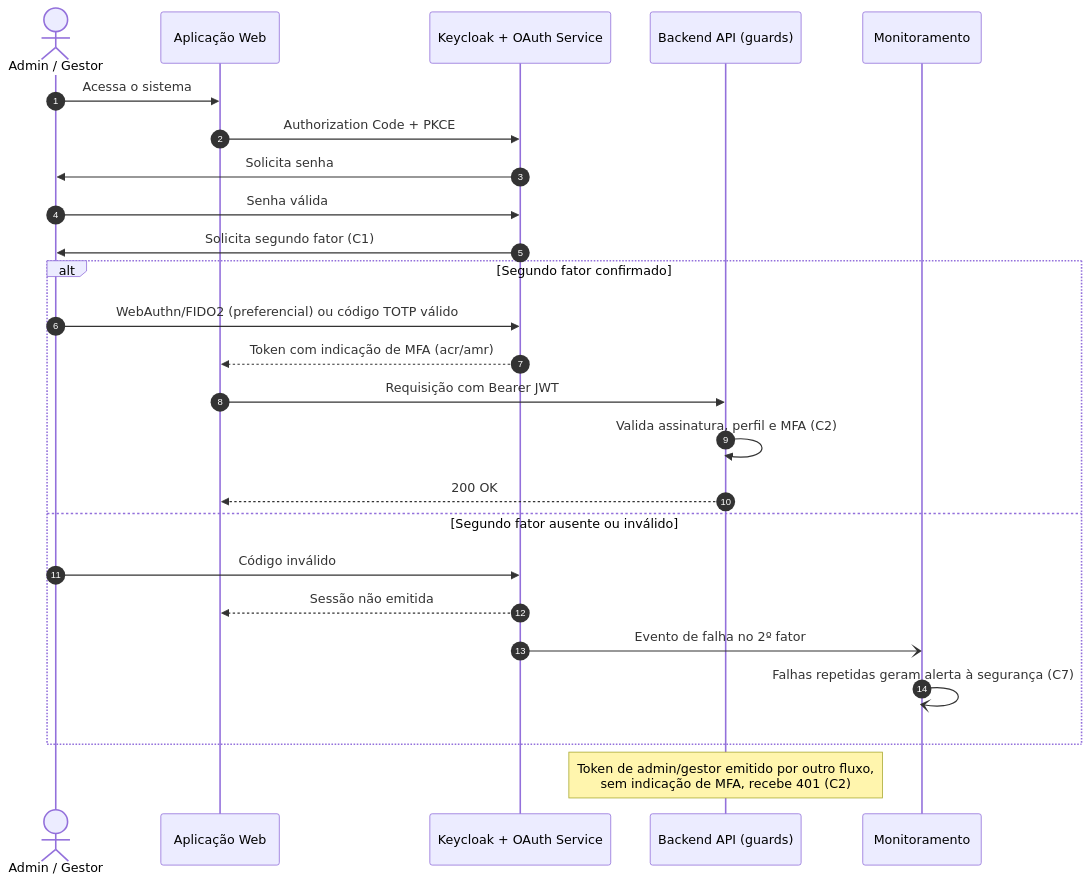
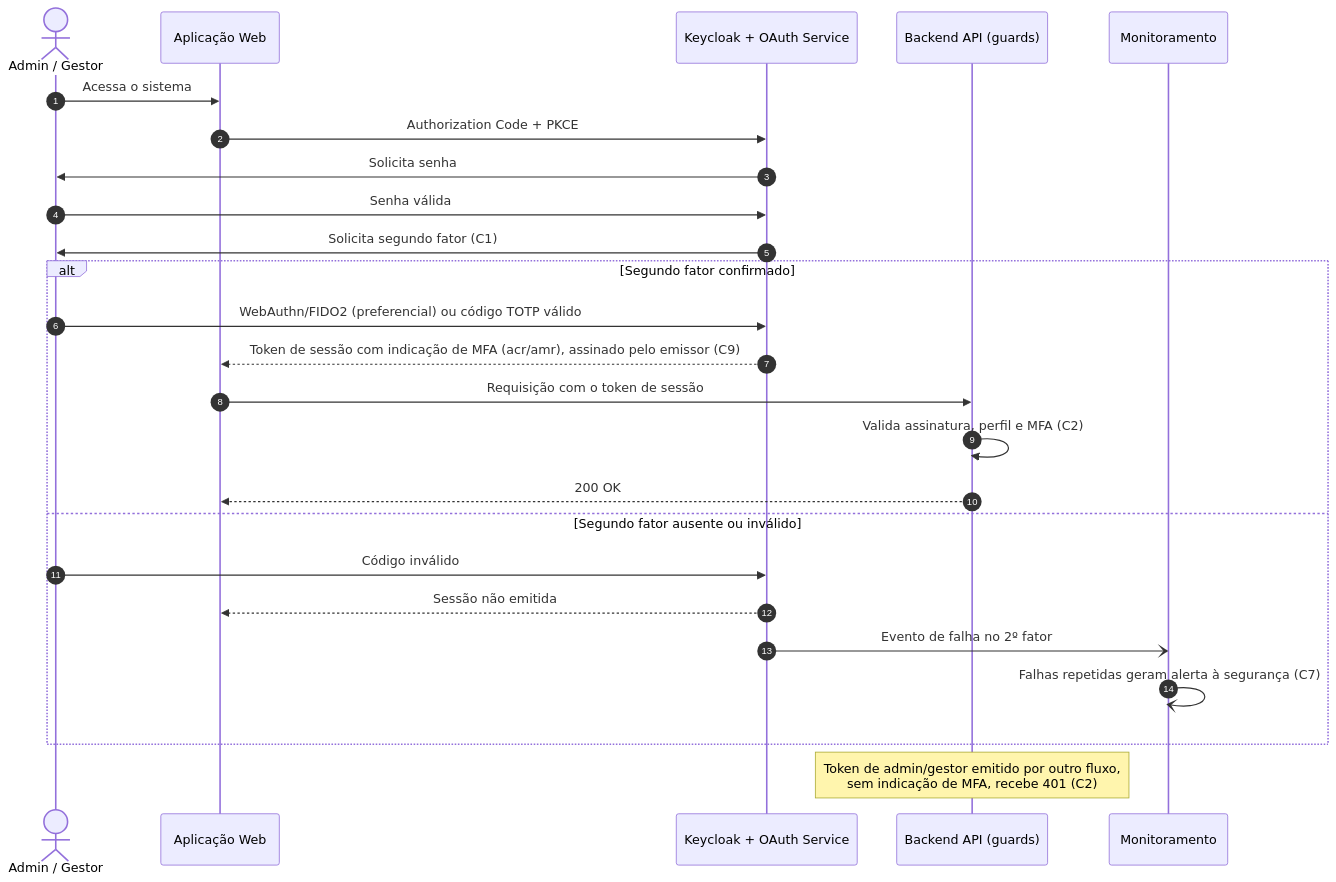
Before and after one commit to MarlonBrendonx/secure-software-engineering-project: the second of 9 diagrams in docs/etapa-3/etapa-3-diagrama.md, drawn with Mermaid. The commit also changed 2 other files, not shown here.

Commit message:
algumas correções

````diff
--- a/docs/etapa-3/etapa-3-diagrama.md
+++ b/docs/etapa-3/etapa-3-diagrama.md
@@ -145,28 +145,28 @@
 ```mermaid
 sequenceDiagram
     autonumber
     actor U as Admin / Gestor
     participant SPA as Aplicação Web
     participant KC as Keycloak + OAuth Service
     participant API as Backend API (guards)
     participant MON as Monitoramento
 
     U->>SPA: Acessa o sistema
     SPA->>KC: Authorization Code + PKCE
     KC->>U: Solicita senha
     U->>KC: Senha válida
     KC->>U: Solicita segundo fator (C1)
     alt Segundo fator confirmado
         U->>KC: WebAuthn/FIDO2 (preferencial) ou código TOTP válido
-        KC-->>SPA: Token com indicação de MFA (acr/amr)
-        SPA->>API: Requisição com Bearer JWT
+        KC-->>SPA: Token de sessão com indicação de MFA (acr/amr), assinado pelo emissor (C9)
+        SPA->>API: Requisição com o token de sessão
         API->>API: Valida assinatura, perfil e MFA (C2)
         API-->>SPA: 200 OK
     else Segundo fator ausente ou inválido
         U->>KC: Código inválido
         KC-->>SPA: Sessão não emitida
         KC-)MON: Evento de falha no 2º fator
         MON-)MON: Falhas repetidas geram alerta à segurança (C7)
     end
     Note over API: Token de admin/gestor emitido por outro fluxo,<br/>sem indicação de MFA, recebe 401 (C2)
 ```
````
